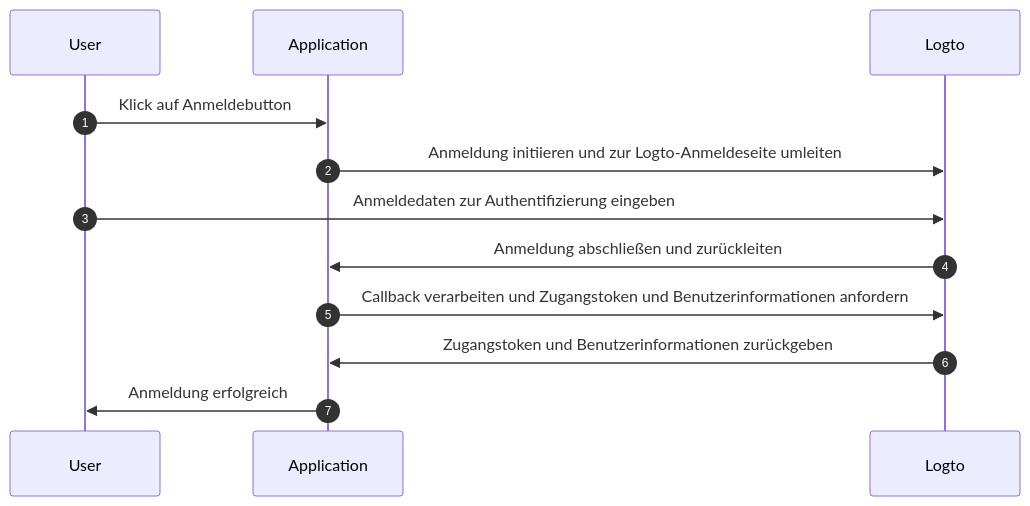
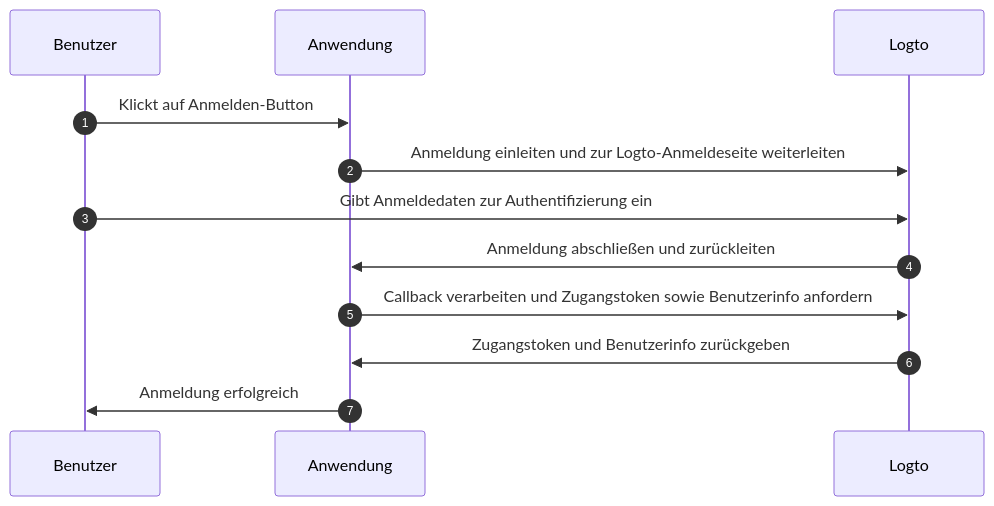
Before and after one commit to logto-io/docs: the first of 4 diagrams in i18n/de/docusaurus-plugin-content-docs/current/integrate-logto/integrate-logto-into-your-application/understand-authentication-flow.mdx, drawn with Mermaid. The commit also changed other lines of this file and 44 other files, not shown here.

````diff
--- a/i18n/de/docusaurus-plugin-content-docs/current/integrate-logto/integrate-logto-into-your-application/understand-authentication-flow.mdx
+++ b/i18n/de/docusaurus-plugin-content-docs/current/integrate-logto/integrate-logto-into-your-application/understand-authentication-flow.mdx
@@ -14,15 +14,15 @@
 ```mermaid
 sequenceDiagram
     autonumber
-    participant User
-    participant Application
+    participant Benutzer
+    participant Anwendung
     participant Logto
 
-    User->>Application: Klick auf Anmeldebutton
-    Application->>Logto: Anmeldung initiieren und zur Logto-Anmeldeseite umleiten
-    User->>Logto: Anmeldedaten zur Authentifizierung eingeben
-    Logto->>Application: Anmeldung abschließen und zurückleiten
-    Application->>Logto: Callback verarbeiten und Zugangstoken und Benutzerinformationen anfordern
-    Logto->>Application: Zugangstoken und Benutzerinformationen zurückgeben
-    Application->>User: Anmeldung erfolgreich
+    Benutzer->>Anwendung: Klickt auf Anmelden-Button
+    Anwendung->>Logto: Anmeldung einleiten und zur Logto-Anmeldeseite weiterleiten
+    Benutzer->>Logto: Gibt Anmeldedaten zur Authentifizierung ein
+    Logto->>Anwendung: Anmeldung abschließen und zurückleiten
+    Anwendung->>Logto: Callback verarbeiten und Zugangstoken sowie Benutzerinfo anfordern
+    Logto->>Anwendung: Zugangstoken und Benutzerinfo zurückgeben
+    Anwendung->>Benutzer: Anmeldung erfolgreich
 ```
````
